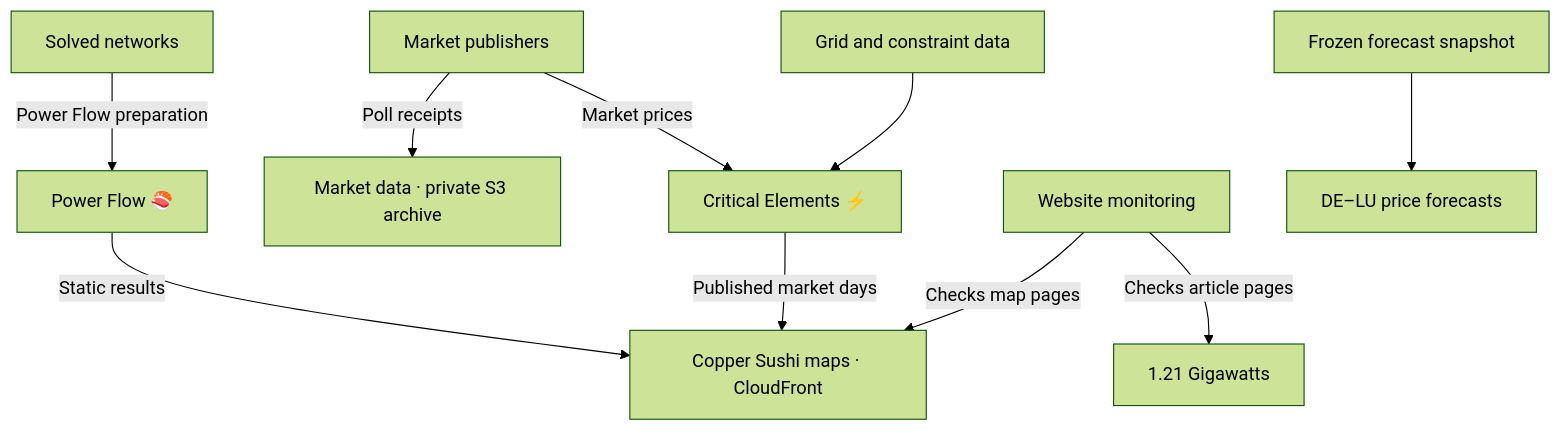
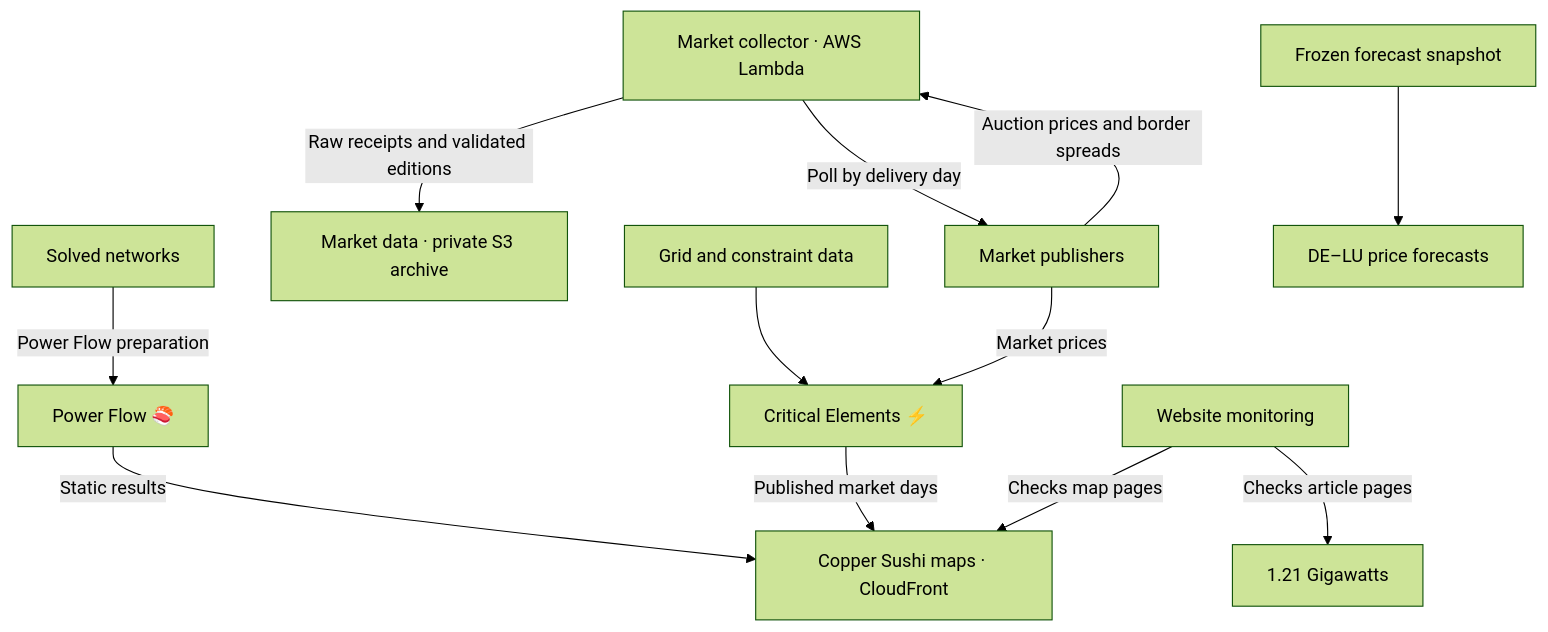
Before and after one commit to zoltanmaric/coppersushi: the diagram in README.md, drawn with Mermaid (forest theme). The commit also changed 15 other files, not shown here.

````diff
--- a/README.md
+++ b/README.md
@@ -46,19 +46,21 @@
 ```mermaid
 flowchart TB
-    publishers["Market publishers"] -->|Poll receipts| shared["Market data · private S3 archive"]
+    collector["Market collector · AWS Lambda"] -->|Poll by delivery day| publishers["Market publishers"]
+    publishers -->|Auction prices and border spreads| collector
+    collector -->|Raw receipts and validated editions| shared["Market data · private S3 archive"]
     grid["Grid and constraint data"] --> critical["Critical Elements ⚡️"]
     networks["Solved networks"] -->|Power Flow preparation| power["Power Flow 🍣"]
     power -->|Static results| maps["Copper Sushi maps · CloudFront"]
     critical -->|Published market days| maps
     monitor["Website monitoring"] -->|Checks map pages| maps
     monitor -->|Checks article pages| blog["1.21 Gigawatts"]
     publishers -->|Market prices| critical
     snapshot["Frozen forecast snapshot"] --> forecast["DE–LU price forecasts"]
     click shared "https://github.com/zoltanmaric/coppersushi/blob/main/coppersushi/pipelines/market_data/README.md"
     click critical "https://github.com/zoltanmaric/coppersushi/blob/main/coppersushi/pipelines/cnec/README.md"
     click power "https://github.com/zoltanmaric/coppersushi/blob/main/coppersushi/pipelines/powerflow/README.md"
     click monitor "https://github.com/zoltanmaric/coppersushi/blob/main/monitoring/README.md"
     click blog "https://github.com/zoltanmaric/coppersushi/blob/main/121gigawatts/hosting/README.md"
     click forecast "https://github.com/zoltanmaric/coppersushi/blob/main/forecasts/README.md"
     click maps "https://github.com/zoltanmaric/coppersushi/blob/main/coppersushi/frontend/README.md"
 ```
````
